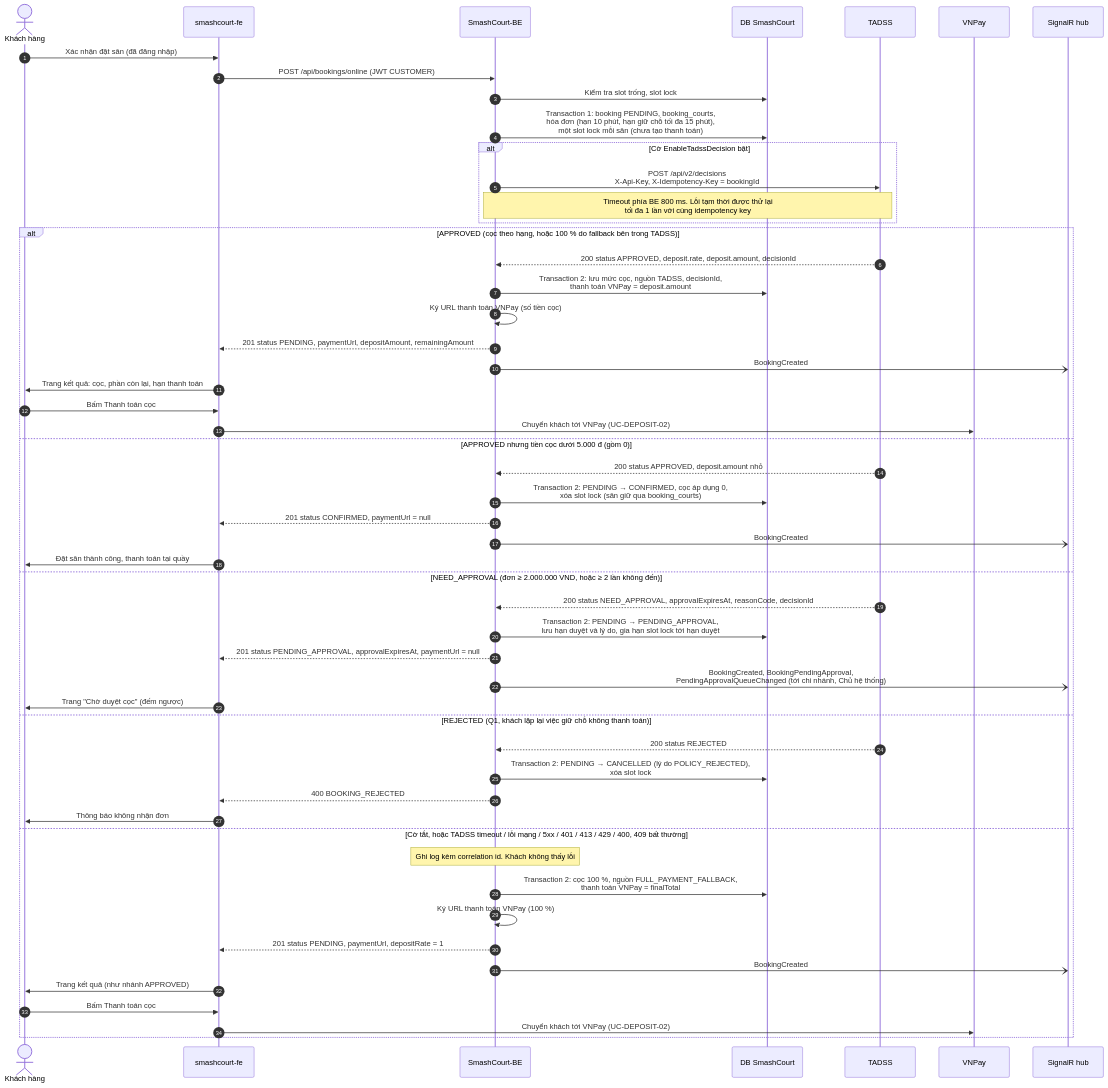
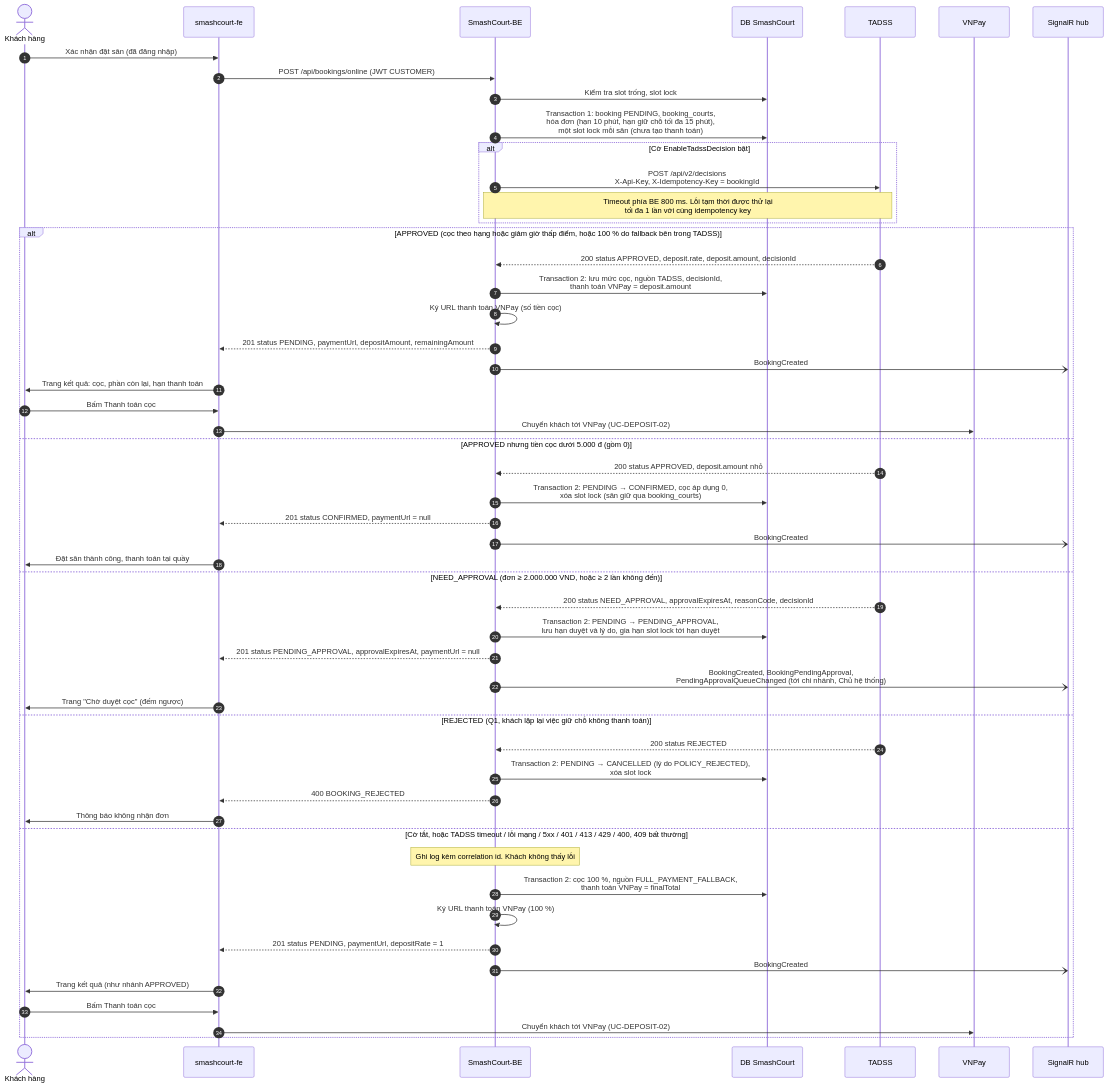
The first of 6 diagrams in docs/report/SEQUENCE_DIAGRAMS.md (NguyenThanhTrung-N2T/TrustworthyAdaptiveDecisionSupportSystem-TADSS), drawn with Mermaid before and after one commit. The commit also changed 3 other files, not shown here.

Commit message:
docs(report): describe the 2.2.0 off-peak deposit step in the architecture and sequence diagrams, use case rules and FE handoff (P6-59)

````diff
--- a/docs/report/SEQUENCE_DIAGRAMS.md
+++ b/docs/report/SEQUENCE_DIAGRAMS.md
@@ -18,58 +18,58 @@
 ```mermaid
 sequenceDiagram
     autonumber
     actor C as Khách hàng
     participant FE as smashcourt-fe
     participant BE as SmashCourt-BE
     participant DB as DB SmashCourt
     participant T as TADSS
     participant V as VNPay
     participant H as SignalR hub
 
     C->>FE: Xác nhận đặt sân (đã đăng nhập)
     FE->>BE: POST /api/bookings/online (JWT CUSTOMER)
     BE->>DB: Kiểm tra slot trống, slot lock
     BE->>DB: Transaction 1: booking PENDING, booking_courts,<br/>hóa đơn (hạn 10 phút, hạn giữ chỗ tối đa 15 phút),<br/>một slot lock mỗi sân (chưa tạo thanh toán)
 
     alt Cờ EnableTadssDecision bật
         BE->>T: POST /api/v2/decisions<br/>X-Api-Key, X-Idempotency-Key = bookingId
         Note over BE,T: Timeout phía BE 800 ms. Lỗi tạm thời được thử lại<br/>tối đa 1 lần với cùng idempotency key
     end
 
-    alt APPROVED (cọc theo hạng, hoặc 100 % do fallback bên trong TADSS)
+    alt APPROVED (cọc theo hạng hoặc giảm giờ thấp điểm, hoặc 100 % do fallback bên trong TADSS)
         T-->>BE: 200 status APPROVED, deposit.rate, deposit.amount, decisionId
         BE->>DB: Transaction 2: lưu mức cọc, nguồn TADSS, decisionId,<br/>thanh toán VNPay = deposit.amount
         BE->>BE: Ký URL thanh toán VNPay (số tiền cọc)
         BE-->>FE: 201 status PENDING, paymentUrl, depositAmount, remainingAmount
         BE-)H: BookingCreated
         FE->>C: Trang kết quả: cọc, phần còn lại, hạn thanh toán
         C->>FE: Bấm Thanh toán cọc
         FE->>V: Chuyển khách tới VNPay (UC-DEPOSIT-02)
     else APPROVED nhưng tiền cọc dưới 5.000 đ (gồm 0)
         T-->>BE: 200 status APPROVED, deposit.amount nhỏ
         BE->>DB: Transaction 2: PENDING → CONFIRMED, cọc áp dụng 0,<br/>xóa slot lock (sân giữ qua booking_courts)
         BE-->>FE: 201 status CONFIRMED, paymentUrl = null
         BE-)H: BookingCreated
         FE->>C: Đặt sân thành công, thanh toán tại quầy
     else NEED_APPROVAL (đơn ≥ 2.000.000 VND, hoặc ≥ 2 lần không đến)
         T-->>BE: 200 status NEED_APPROVAL, approvalExpiresAt, reasonCode, decisionId
         BE->>DB: Transaction 2: PENDING → PENDING_APPROVAL,<br/>lưu hạn duyệt và lý do, gia hạn slot lock tới hạn duyệt
         BE-->>FE: 201 status PENDING_APPROVAL, approvalExpiresAt, paymentUrl = null
         BE-)H: BookingCreated, BookingPendingApproval,<br/>PendingApprovalQueueChanged (tới chi nhánh, Chủ hệ thống)
         FE->>C: Trang "Chờ duyệt cọc" (đếm ngược)
     else REJECTED (Q1, khách lặp lại việc giữ chỗ không thanh toán)
         T-->>BE: 200 status REJECTED
         BE->>DB: Transaction 2: PENDING → CANCELLED (lý do POLICY_REJECTED),<br/>xóa slot lock
         BE-->>FE: 400 BOOKING_REJECTED
         FE->>C: Thông báo không nhận đơn
     else Cờ tắt, hoặc TADSS timeout / lỗi mạng / 5xx / 401 / 413 / 429 / 400, 409 bất thường
         Note over BE: Ghi log kèm correlation id. Khách không thấy lỗi
         BE->>DB: Transaction 2: cọc 100 %, nguồn FULL_PAYMENT_FALLBACK,<br/>thanh toán VNPay = finalTotal
         BE->>BE: Ký URL thanh toán VNPay (100 %)
         BE-->>FE: 201 status PENDING, paymentUrl, depositRate = 1
         BE-)H: BookingCreated
         FE->>C: Trang kết quả (như nhánh APPROVED)
         C->>FE: Bấm Thanh toán cọc
         FE->>V: Chuyển khách tới VNPay (UC-DEPOSIT-02)
     end
 ```
````
